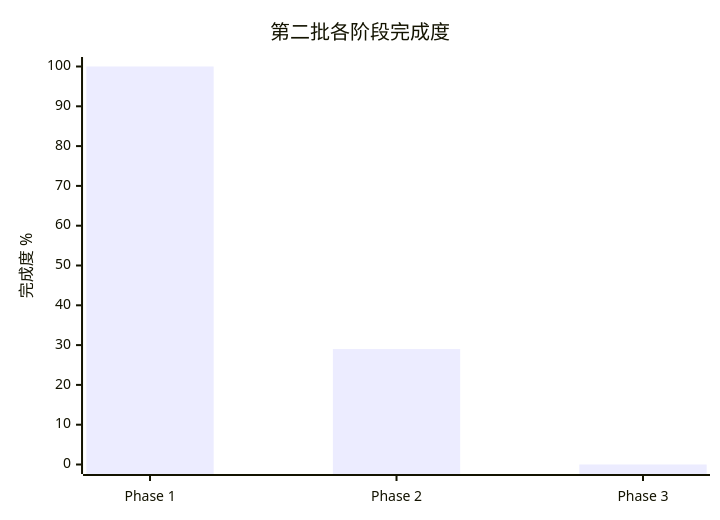
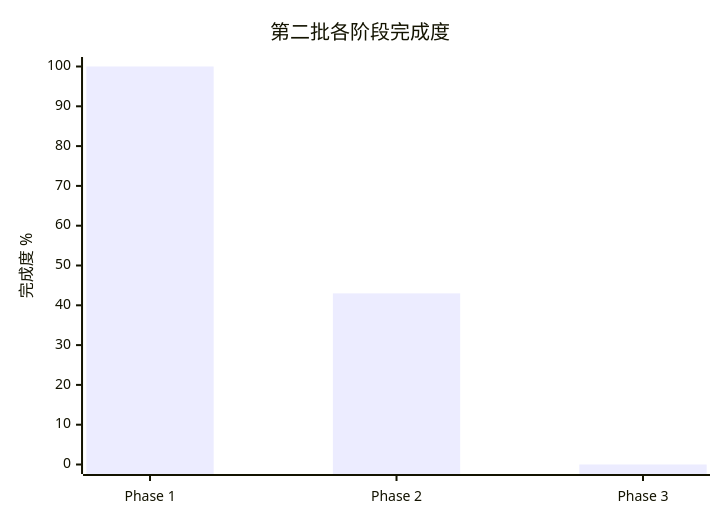
The diagram in docs/migration/codex-sync/2026-08-01-upstream-baseline-and-test-gates.md (ceasarXuu/WhaleCode), drawn with Mermaid before and after one commit. The commit also changed other lines of this file and 4 other files, not shown here.

````diff
--- a/docs/migration/codex-sync/2026-08-01-upstream-baseline-and-test-gates.md
+++ b/docs/migration/codex-sync/2026-08-01-upstream-baseline-and-test-gates.md
@@ -23,7 +24,7 @@
 ```mermaid
 xychart-beta
   title "第二批各阶段完成度"
   x-axis ["Phase 1", "Phase 2", "Phase 3"]
   y-axis "完成度 %" 0 --> 100
-  bar [100, 29, 0]
+  bar [100, 43, 0]
 ```
````
